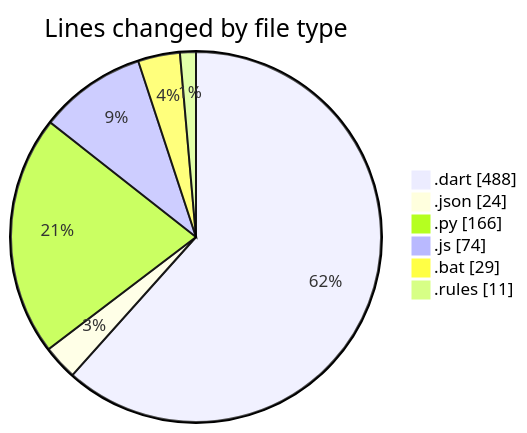
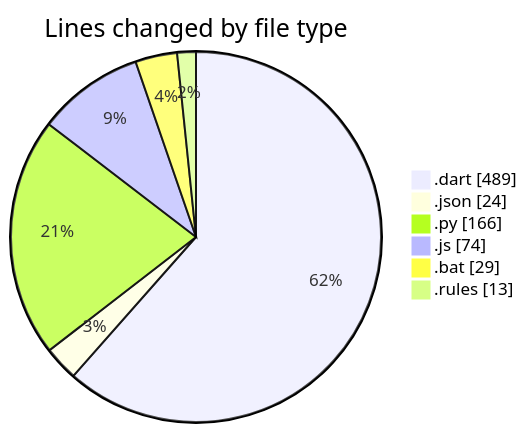
One commit to lephambinh05/code-tracking changed the first of 2 diagrams in 2025-08-04/studybuddy/README.md. Above: the diagram before and after it, drawn with Mermaid. The commit also changed other lines of this file and 1 other file, not shown here.

````diff
--- a/2025-08-04/studybuddy/README.md
+++ b/2025-08-04/studybuddy/README.md
@@ -32,10 +32,10 @@
 ```mermaid
 pie showData
 title Lines changed by file type
-".dart" : 488
+".dart" : 489
 ".json" : 24
 ".py" : 166
 ".js" : 74
 ".bat" : 29
-".rules" : 11
+".rules" : 13
 ```
````
